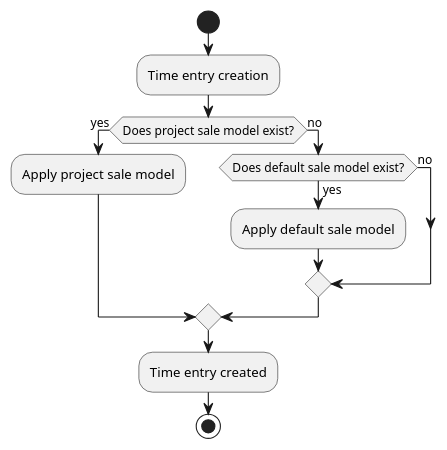
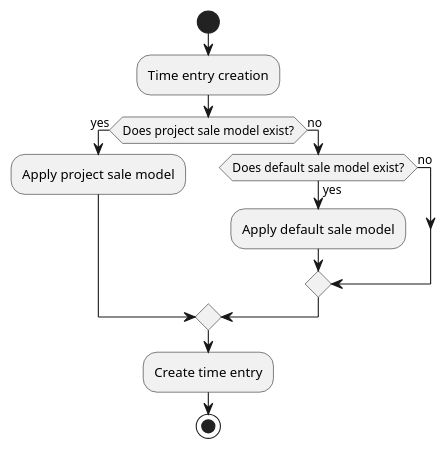
The diagram in docs/user-manual/timetrack/time-entry-sale-model.md (yesbabylon/symbiose-doc), drawn with PlantUML before and after one commit. The commit also changed other lines of this file and 7 other files, not shown here.

````diff
--- a/docs/user-manual/timetrack/time-entry-sale-model.md
+++ b/docs/user-manual/timetrack/time-entry-sale-model.md
@@ -31,22 +31,22 @@
 ```puml
 @startuml
 
 start
 
 :Time entry creation;
 
 if (Does project sale model exist?) then (yes)
   :Apply project sale model;
 else (no)
   if (Does default sale model exist?) then (yes)
     :Apply default sale model;
   else(no)
   endif
 endif
 
-:Time entry created;
+:Create time entry;
 
 stop
 
 @enduml
 ```
````
